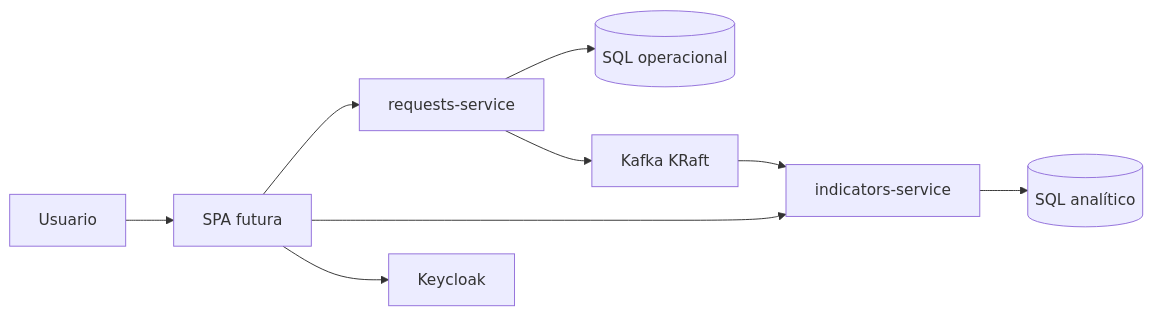
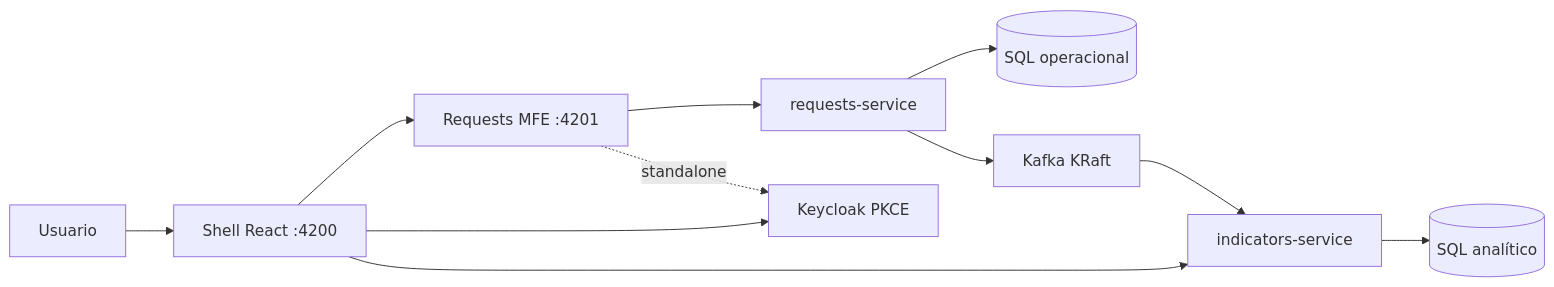
One commit to cristhian1820/operational-requests-platform changed the diagram in docs/architecture/containers.md. Above: the diagram before and after it, drawn with Mermaid. The commit also changed 74 other files, not shown here.

````diff
--- a/docs/architecture/containers.md
+++ b/docs/architecture/containers.md
@@ -3,11 +3,13 @@
 ```mermaid
 flowchart LR
- U[Usuario] --> WEB[SPA futura]
- WEB --> R[requests-service]
- WEB --> I[indicators-service]
- WEB --> K[Keycloak]
+ U[Usuario] --> SH[Shell React :4200]
+ SH --> MFE[Requests MFE :4201]
+ SH --> I[indicators-service]
+ MFE --> R[requests-service]
+ SH --> K[Keycloak PKCE]
+ MFE -. standalone .-> K
  R --> O[(SQL operacional)]
  R --> KF[Kafka KRaft]
  KF --> I
  I --> A[(SQL analítico)]
 ```
````
